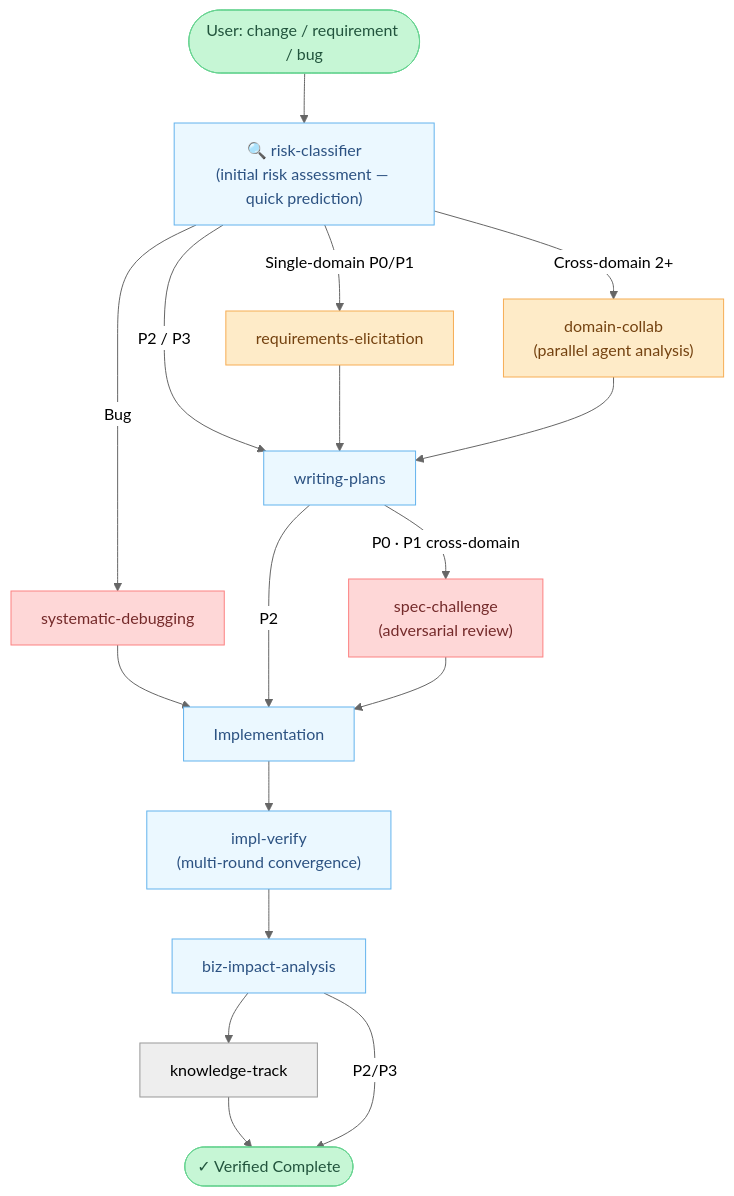
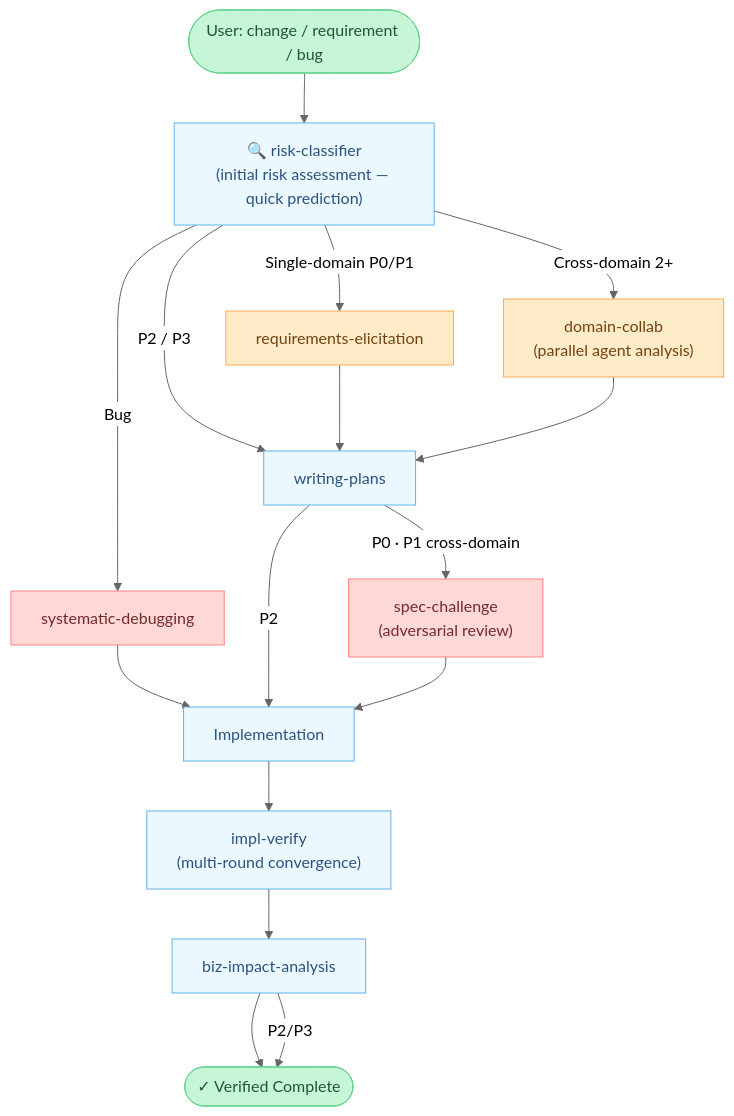
Before and after one commit to Aimeerrhythm/enterprise-change-workflow: the first of 2 diagrams in README.md, drawn with Mermaid (neutral theme). The commit also changed 8 other files, not shown here.

First line of the commit message:
step 1: 去掉 knowledge-track 自动触发

````diff
--- a/README.md
+++ b/README.md
@@ -42,40 +42,39 @@
 ```mermaid
 flowchart TD
     IN([User: change / requirement / bug]) --> RC
 
     RC["🔍 risk-classifier\n(initial risk assessment — quick prediction)"]
 
     RC -->|Single-domain P0/P1| RE[requirements-elicitation]
     RC -->|Cross-domain 2+| DC["domain-collab\n(parallel agent analysis)"]
     RC -->|P2 / P3| WP
     RC -->|Bug| SD[systematic-debugging]
 
     RE --> WP
     DC --> WP
 
     SD --> IMPL
 
     WP["writing-plans"] -->|P0 · P1 cross-domain| SC["spec-challenge\n(adversarial review)"]
     WP -->|P2| IMPL
     SC --> IMPL
 
     IMPL[Implementation] --> IV
     IV["impl-verify\n(multi-round convergence)"] --> BIA
-    BIA["biz-impact-analysis"] --> KT
-    KT["knowledge-track"] --> DONE
+    BIA["biz-impact-analysis"] --> DONE
     BIA -->|P2/P3| DONE
 
     DONE([✓ Verified Complete])
 
     style RC  fill:#EBF8FF,stroke:#63B3ED,color:#2C5282
     style WP  fill:#EBF8FF,stroke:#63B3ED,color:#2C5282
     style IMPL fill:#EBF8FF,stroke:#63B3ED,color:#2C5282
     style IV  fill:#EBF8FF,stroke:#63B3ED,color:#2C5282
     style BIA fill:#EBF8FF,stroke:#63B3ED,color:#2C5282
     style RE  fill:#FEEBC8,stroke:#F6AD55,color:#744210
     style DC  fill:#FEEBC8,stroke:#F6AD55,color:#744210
     style SC  fill:#FED7D7,stroke:#FC8181,color:#742A2A
     style SD  fill:#FED7D7,stroke:#FC8181,color:#742A2A
     style IN  fill:#C6F6D5,stroke:#68D391,color:#22543D
     style DONE fill:#C6F6D5,stroke:#68D391,color:#22543D
 ```
````
